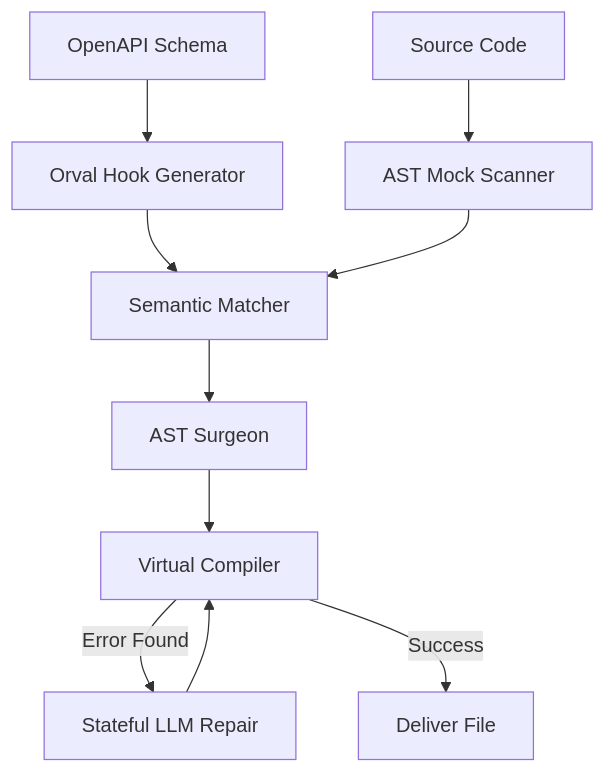
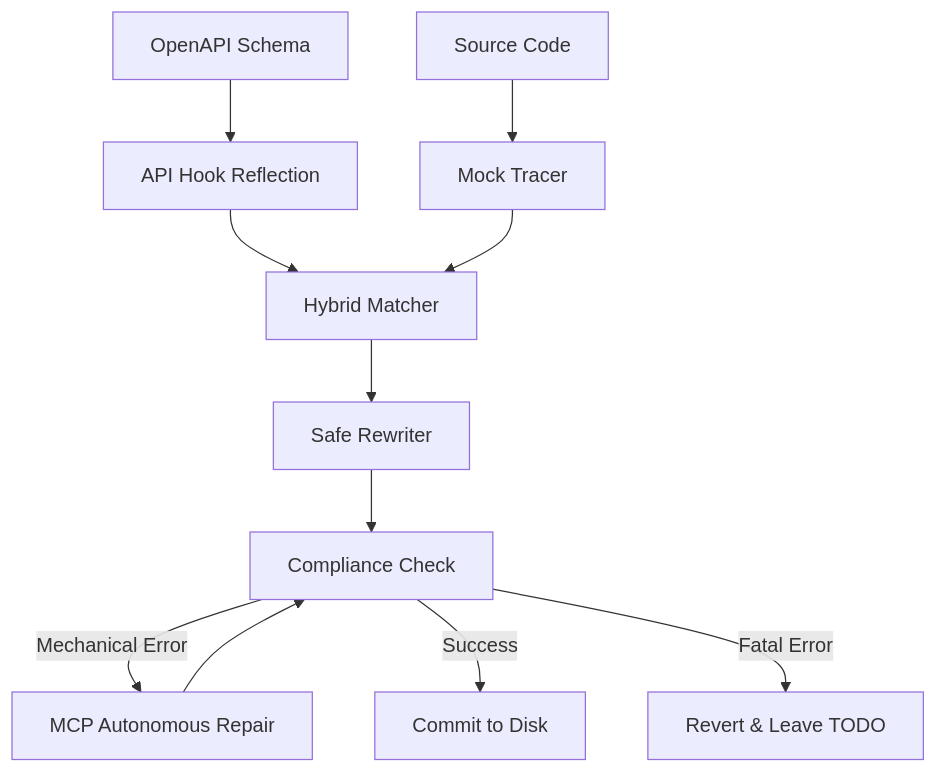
One commit to Salmankhatib/binder-cli changed the diagram in ARCHITECTURE.md. Above: the diagram before and after it, drawn with Mermaid. The commit also changed other lines of this file and 3 other files, not shown here.

````diff
--- a/ARCHITECTURE.md
+++ b/ARCHITECTURE.md
@@ -36,12 +30,13 @@
 ```mermaid
 graph TD
-    A[OpenAPI Schema] --> B[Orval Hook Generator]
-    C[Source Code] --> D[AST Mock Scanner]
-    B --> E[Semantic Matcher]
+    A[OpenAPI Schema] --> B[API Hook Reflection]
+    C[Source Code] --> D[Mock Tracer]
+    B --> E[Hybrid Matcher]
     D --> E
-    E --> F[AST Surgeon]
-    F --> G[Virtual Compiler]
-    G -- "Error Found" --> H[Stateful LLM Repair]
+    E --> F[Safe Rewriter]
+    F --> G[Compliance Check]
+    G -- "Mechanical Error" --> H[MCP Autonomous Repair]
     H --> G
-    G -- "Success" --> I[Deliver File]
+    G -- "Success" --> I[Commit to Disk]
+    G -- "Fatal Error" --> J[Revert & Leave TODO]
 ```
````
